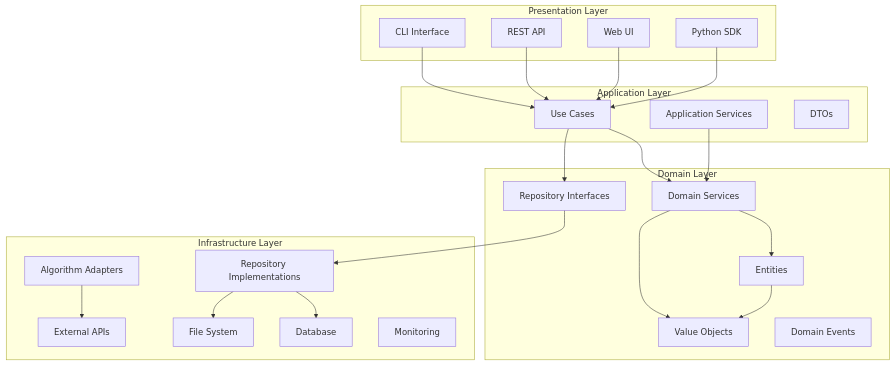
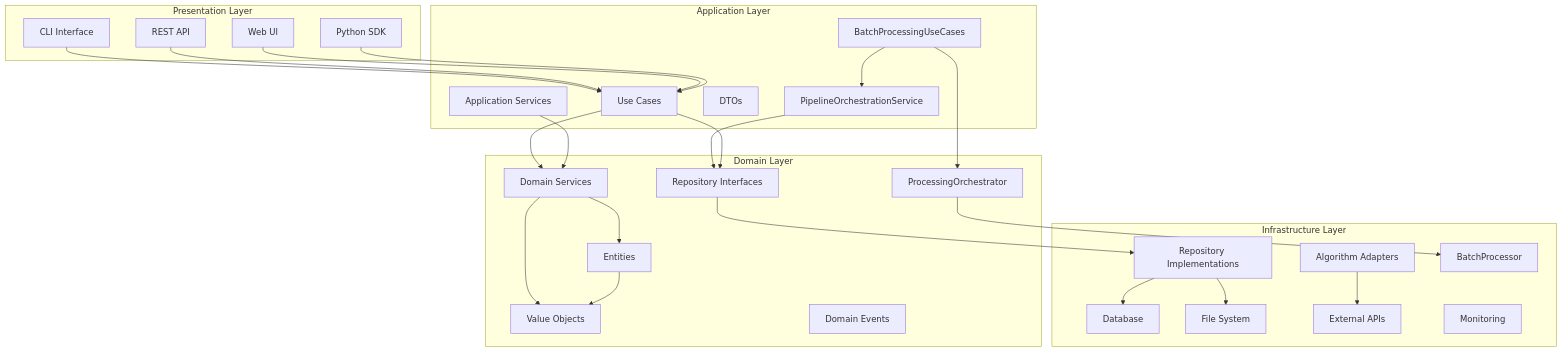
One commit to elgerytme/Pynomaly changed the diagram in docs/developer-guides/architecture/overview.md. Above: the diagram before and after it, drawn with Mermaid. The commit also changed 5 other files, not shown here.

First line of the commit message:
docs: add comprehensive architecture documentation and ADRs

````diff
--- a/docs/developer-guides/architecture/overview.md
+++ b/docs/developer-guides/architecture/overview.md
@@ -27,50 +27,58 @@
 ```mermaid
 graph TB
     subgraph "Presentation Layer"
         CLI[CLI Interface]
         API[REST API]
         WEB[Web UI]
         SDK[Python SDK]
     end
     
     subgraph "Application Layer"
         UC[Use Cases]
         AS[Application Services]
         DTO[DTOs]
+        Batch[BatchProcessingUseCases]
+        POS[PipelineOrchestrationService]
     end
     
     subgraph "Domain Layer"
         E[Entities]
         VO[Value Objects]
         DS[Domain Services]
         R[Repository Interfaces]
         EV[Domain Events]
+        PO[ProcessingOrchestrator]
     end
     
     subgraph "Infrastructure Layer"
         ADP[Algorithm Adapters]
         REPO[Repository Implementations]
         DB[Database]
         FS[File System]
         EXT[External APIs]
         MON[Monitoring]
+        BP[BatchProcessor]
     end
     
     CLI --> UC
     API --> UC
     WEB --> UC
     SDK --> UC
     
     UC --> DS
+    Batch --> POS
+    Batch --> PO
+    POS --> R
     AS --> DS
     UC --> R
     
     R --> REPO
     ADP --> EXT
     REPO --> DB
     REPO --> FS
+    PO --> BP
     
     DS --> E
     DS --> VO
     E --> VO
 ```
````
